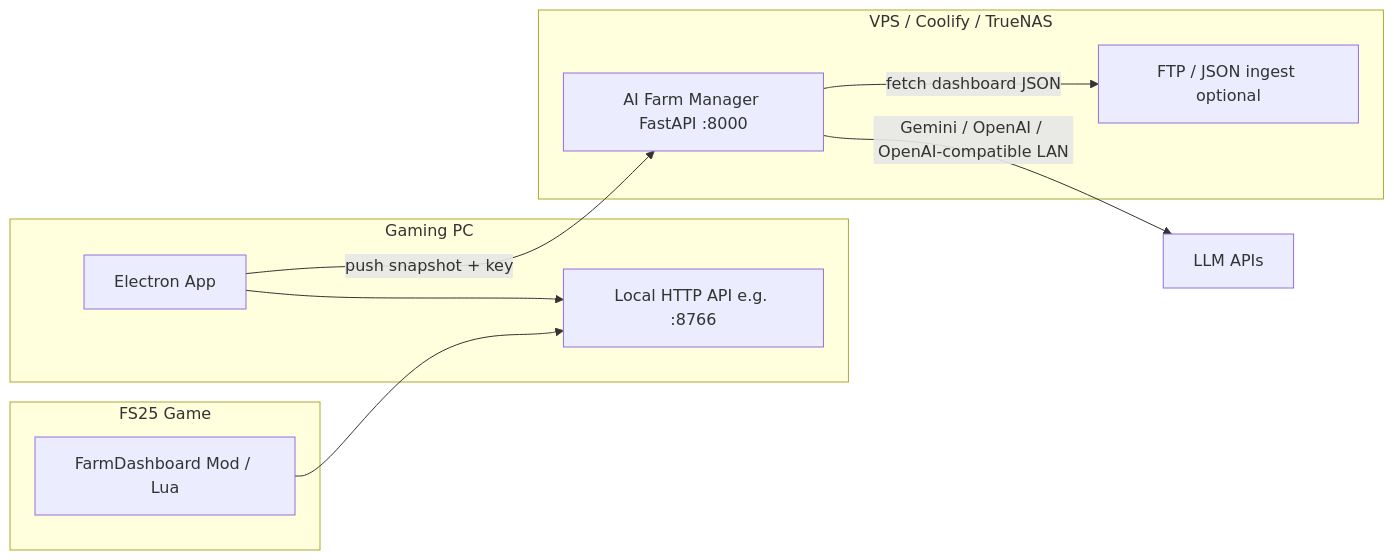
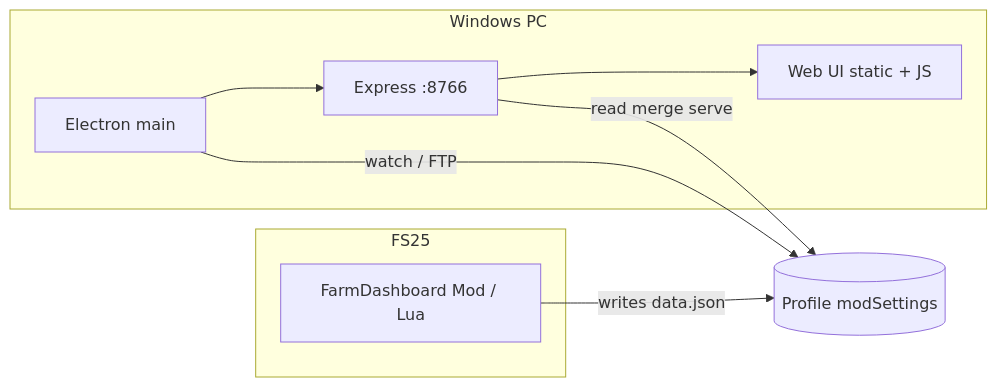
The diagram in docs/DEVELOPER_HANDOVER.md (WizardlyPayload/FarmHub), drawn with Mermaid before and after one commit. The commit also changed other lines of this file and 150 other files, not shown here.

````diff
--- a/docs/DEVELOPER_HANDOVER.md
+++ b/docs/DEVELOPER_HANDOVER.md
@@ -29,19 +25,16 @@
 ```mermaid
 flowchart LR
-  subgraph game [FS25 Game]
+  subgraph game [FS25]
     Mod[FarmDashboard Mod / Lua]
   end
-  subgraph pc [Gaming PC]
-    DashHTTP[Local HTTP API e.g. :8766]
-    Electron[Electron App]
+  subgraph pc [Windows PC]
+    Electron[Electron main]
+    Express[Express :8766]
+    Web[Web UI static + JS]
   end
-  subgraph vps [VPS / Coolify / TrueNAS]
-    AI[AI Farm Manager FastAPI :8000]
-    FTP[FTP / JSON ingest optional]
-  end
-  Mod --> DashHTTP
-  Electron --> DashHTTP
-  Electron -->|push snapshot + key| AI
-  AI -->|fetch dashboard JSON| FTP
-  AI -->|Gemini / OpenAI / OpenAI-compatible LAN| LLM[LLM APIs]
+  Mod -->|writes data.json| Disk[(Profile modSettings)]
+  Electron --> Express
+  Express --> Web
+  Electron -->|watch / FTP| Disk
+  Express -->|read merge serve| Disk
 ```
````
